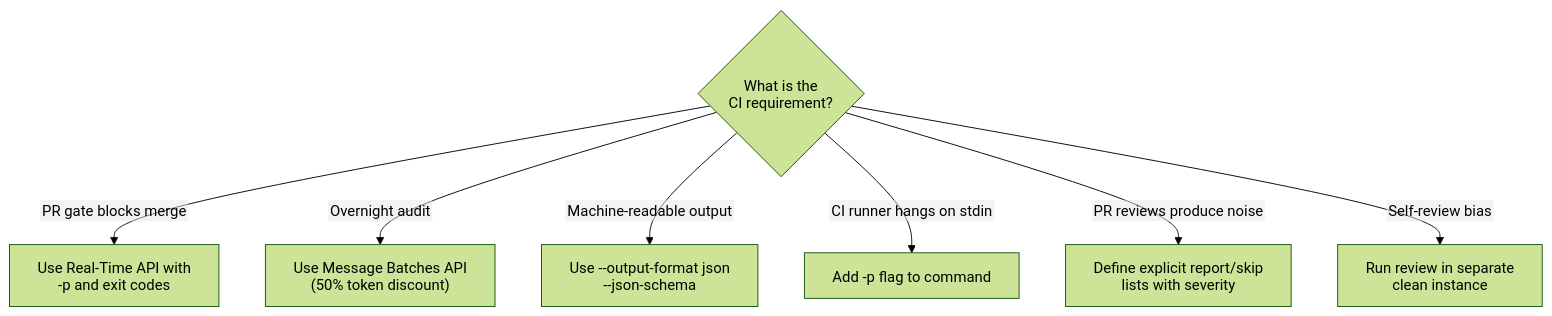
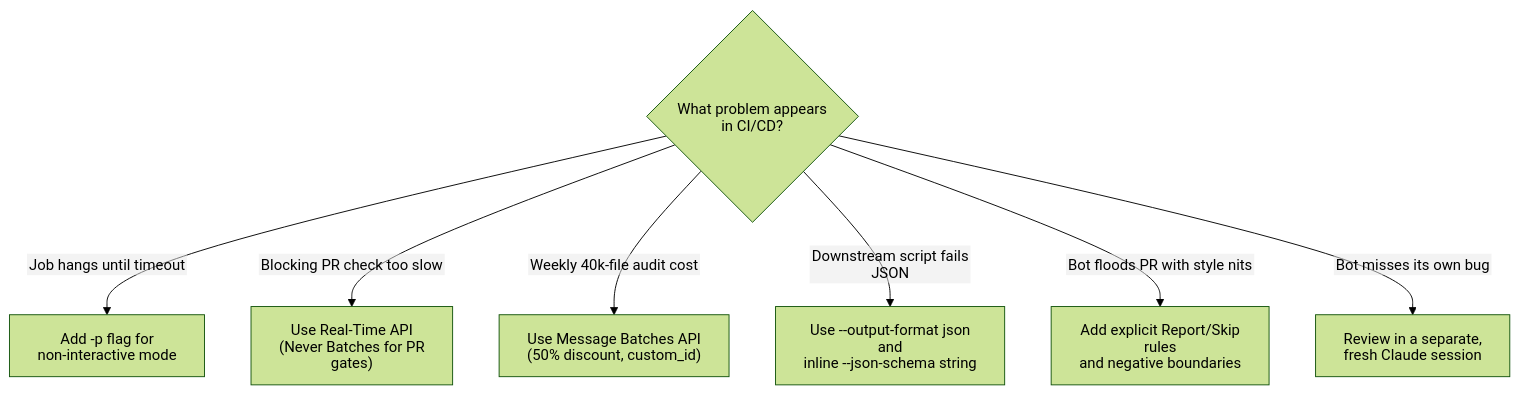
One commit to dip4k/claude_cert_architect_foundation_prep changed the second of 2 diagrams in scenarios/scenario_5_continuous_integration/SCENARIO_GUIDE.md. Above: the diagram before and after it, drawn with Mermaid (forest theme). The commit also changed other lines of this file and 13 other files, not shown here.

````diff
--- a/scenarios/scenario_5_continuous_integration/SCENARIO_GUIDE.md
+++ b/scenarios/scenario_5_continuous_integration/SCENARIO_GUIDE.md
@@ -67,13 +70,13 @@
 ```mermaid
 ---
 config:
   htmlLabels: false
 ---
 flowchart TD
-    Q{"What is the<br>CI requirement?"} -->|"PR gate blocks merge"| RealTime["Use Real-Time API with<br>-p and exit codes"]
-    Q -->|"Overnight audit"| BatchAPI["Use Message Batches API<br>(50% token discount)"]
-    Q -->|"Machine-readable output"| JsonSchema["Use --output-format json<br>--json-schema"]
-    Q -->|"CI runner hangs on stdin"| AddP["Add -p flag to command"]
-    Q -->|"PR reviews produce noise"| ExplicitRules["Define explicit report/skip<br>lists with severity"]
-    Q -->|"Self-review bias"| CleanInstance["Run review in separate<br>clean instance"]
+    Q{"What problem appears<br>in CI/CD?"} -->|"Job hangs until timeout"| AddP["Add -p flag for<br>non-interactive mode"]
+    Q -->|"Blocking PR check too slow"| RealTime["Use Real-Time API<br>(Never Batches for PR gates)"]
+    Q -->|"Weekly 40k-file audit cost"| BatchAPI["Use Message Batches API<br>(50% discount, custom_id)"]
+    Q -->|"Downstream script fails JSON"| JsonSchema["Use --output-format json and<br>inline --json-schema string"]
+    Q -->|"Bot floods PR with style nits"| ExplicitRules["Add explicit Report/Skip rules<br>and negative boundaries"]
+    Q -->|"Bot misses its own bug"| CleanInstance["Review in a separate,<br>fresh Claude session"]
 ```
````
